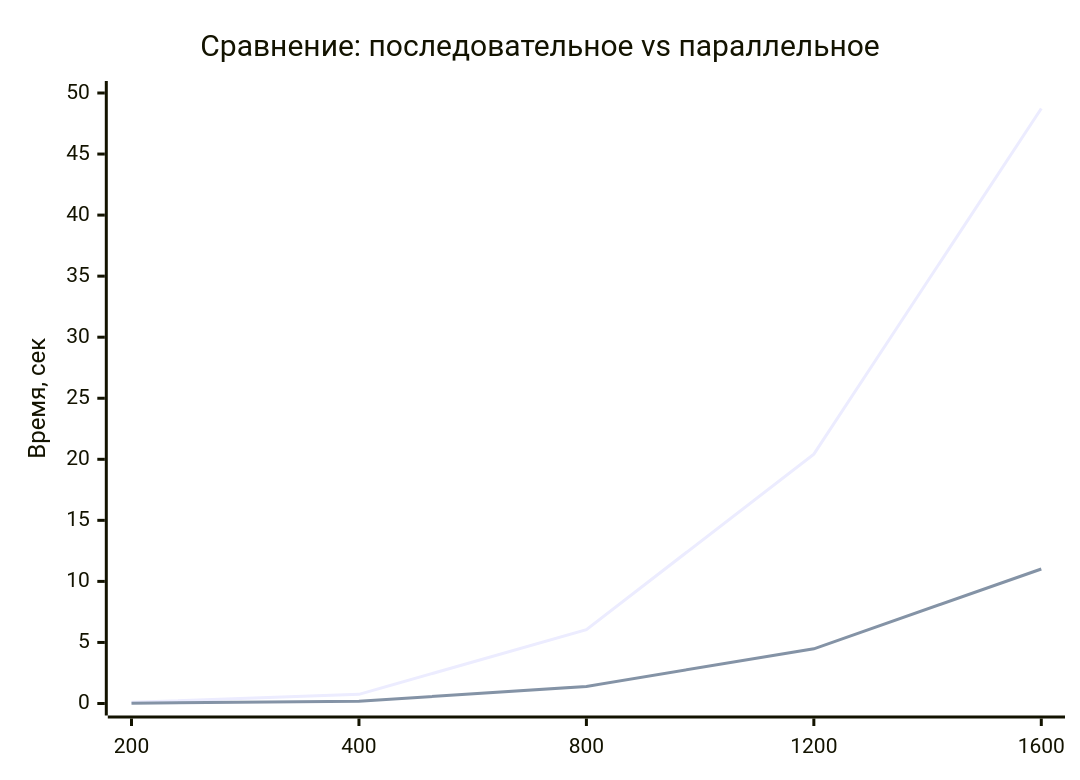
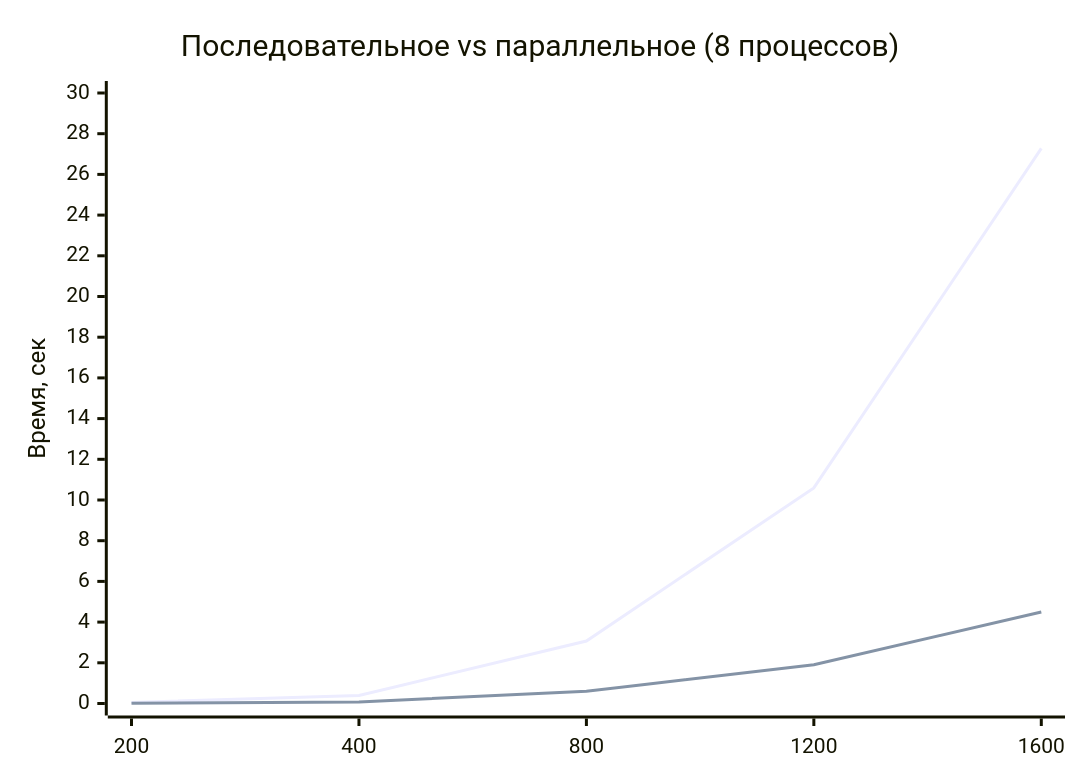
Before and after one commit to sanek4338/Parallelnoe_Programming: the fifth of 6 diagrams in README.md, drawn with Mermaid. The commit also changed other lines of this file and 2 other files, not shown here.

````diff
--- a/README.md
+++ b/README.md
@@ -204,8 +156,8 @@
 ```mermaid
 xychart-beta
-    title "Сравнение: последовательное vs параллельное"
+    title "Последовательное vs параллельное (8 процессов)"
     x-axis [200, 400, 800, 1200, 1600]
-    y-axis "Время, сек" 0 --> 50
-    line "1 поток, 1 ядро" [0.094636, 0.749005, 6.049118, 20.425722, 48.731702]
-    line "8 потоков, 8 ядер" [0.024178, 0.182351, 1.399853, 4.480562, 11.016194]
+    y-axis "Время, сек" 0 --> 30
+    line "1 процесс" [0.051636, 0.389792, 3.069811, 10.594333, 27.276575]
+    line "8 процессов" [0.010757, 0.079563, 0.598396, 1.904268, 4.496802]
 ```
````
